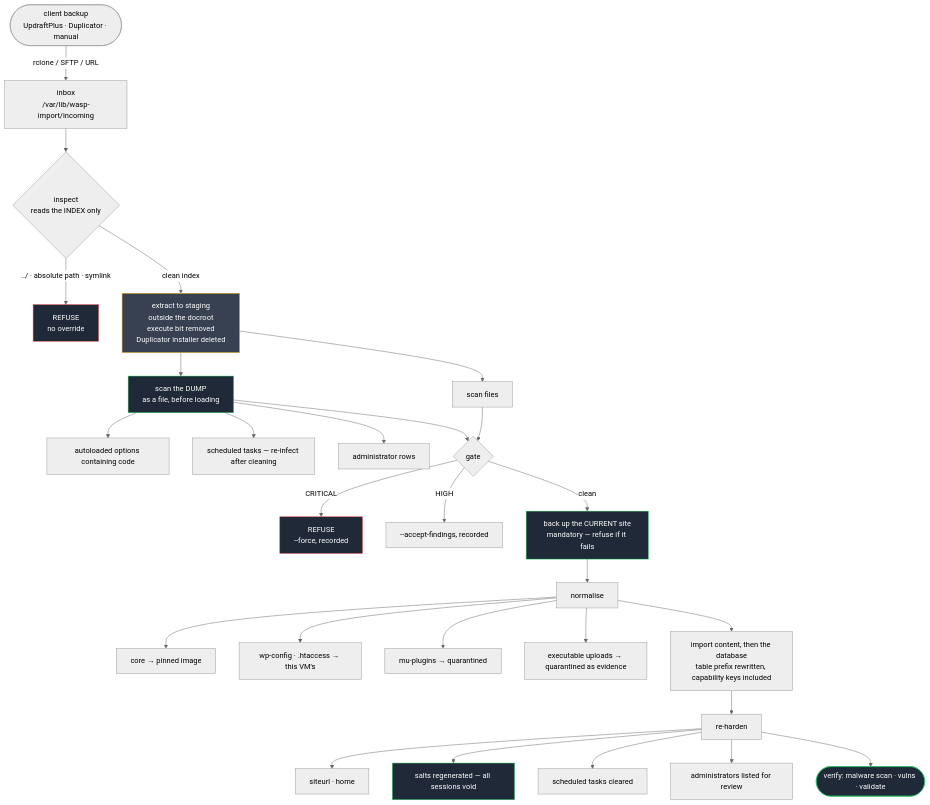
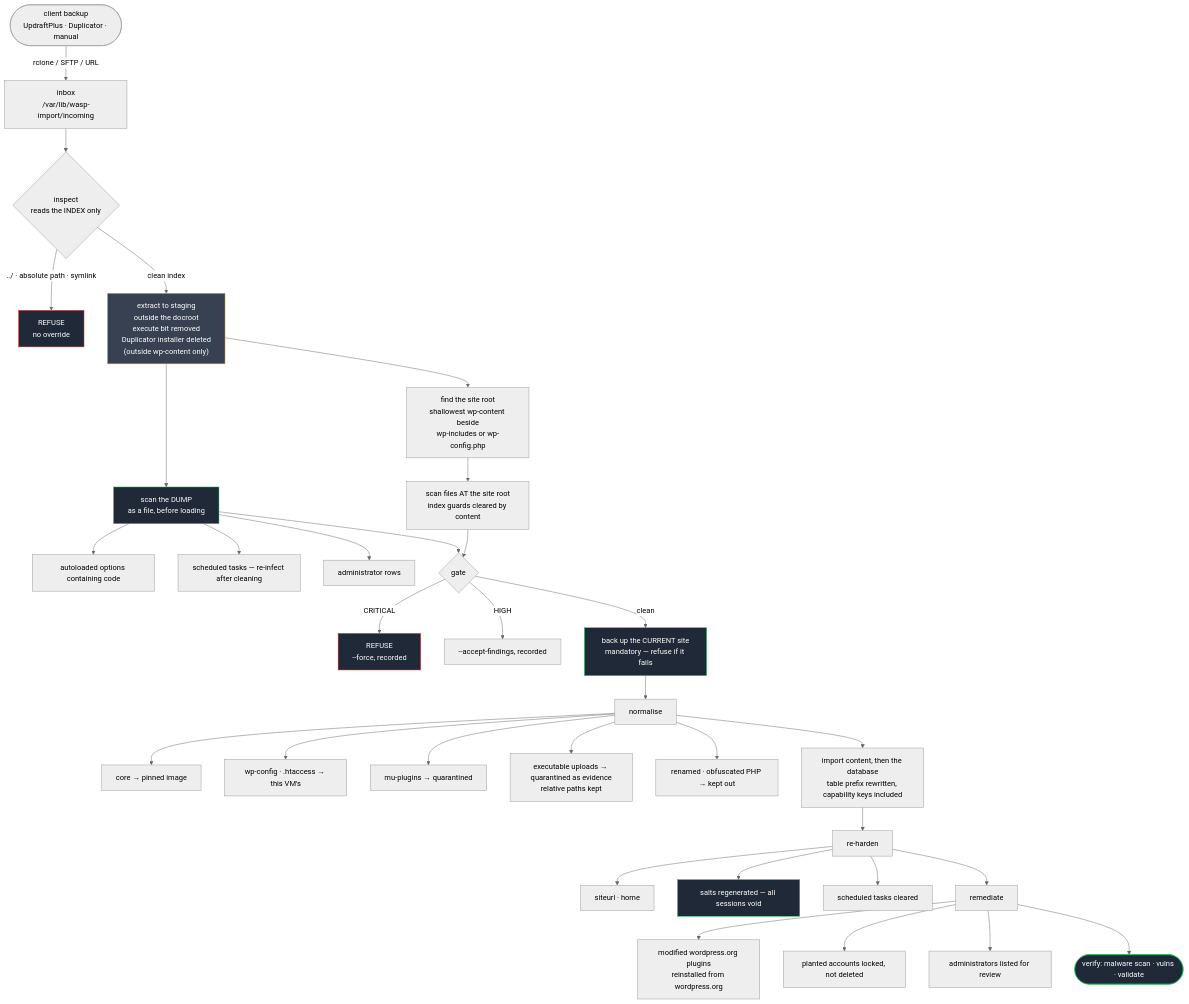
One commit to ironveilsystems1/WASP changed the seventh of 9 diagrams in ARCHITECTURE.md. Above: the diagram before and after it, drawn with Mermaid (neutral theme). The commit also changed other lines of this file and 6 other files, not shown here.

````diff
--- a/ARCHITECTURE.md
+++ b/ARCHITECTURE.md
@@ -373,43 +377,48 @@
 ```mermaid
 flowchart TD
     SRC(["client backup<br/>UpdraftPlus · Duplicator · manual"])
     SRC -->|"rclone / SFTP / URL"| IN["inbox<br/>/var/lib/wasp-import/incoming"]
 
     IN --> I1{"inspect<br/>reads the INDEX only"}
     I1 -->|"../ · absolute path · symlink"| R1["REFUSE<br/>no override"]
-    I1 -->|"clean index"| EX["extract to staging<br/>outside the docroot<br/>execute bit removed<br/>Duplicator installer deleted"]
+    I1 -->|"clean index"| EX["extract to staging<br/>outside the docroot<br/>execute bit removed<br/>Duplicator installer deleted<br/>(outside wp-content only)"]
 
-    EX --> SC1["scan files"]
+    EX --> ROOT["find the site root<br/>shallowest wp-content beside<br/>wp-includes or wp-config.php"]
+    ROOT --> SC1["scan files AT the site root<br/>index guards cleared by content"]
     EX --> SC2["scan the DUMP<br/>as a file, before loading"]
     SC2 --> D1["autoloaded options containing code"]
     SC2 --> D2["scheduled tasks — re-infect after cleaning"]
     SC2 --> D3["administrator rows"]
 
     SC1 --> G{"gate"}
     SC2 --> G
     G -->|"CRITICAL"| R2["REFUSE<br/>--force, recorded"]
     G -->|"HIGH"| R3["--accept-findings, recorded"]
     G -->|"clean"| BK["back up the CURRENT site<br/>mandatory — refuse if it fails"]
 
     BK --> NM["normalise"]
     NM --> N1["core → pinned image"]
     NM --> N2["wp-config · .htaccess → this VM's"]
     NM --> N3["mu-plugins → quarantined"]
-    NM --> N4["executable uploads → quarantined as evidence"]
+    NM --> N4["executable uploads → quarantined as evidence<br/>relative paths kept"]
+    NM --> N5["renamed · obfuscated PHP → kept out"]
 
     NM --> IMP["import content, then the database<br/>table prefix rewritten, capability keys included"]
     IMP --> RH["re-harden"]
     RH --> H1["siteurl · home"]
     RH --> H2["salts regenerated — all sessions void"]
     RH --> H3["scheduled tasks cleared"]
-    RH --> H4["administrators listed for review"]
-    RH --> V(["verify: malware scan · vulns · validate"])
+    RH --> RM["remediate"]
+    RM --> M1["modified wordpress.org plugins<br/>reinstalled from wordpress.org"]
+    RM --> M2["planted accounts locked, not deleted"]
+    RM --> H4["administrators listed for review"]
+    RM --> V(["verify: malware scan · vulns · validate"])
 
     style R1 fill:#1f2937,stroke:#ef4444,color:#fff
     style R2 fill:#1f2937,stroke:#ef4444,color:#fff
     style EX fill:#374151,stroke:#f59e0b,color:#fff
     style SC2 fill:#1f2937,stroke:#22c55e,color:#fff
     style BK fill:#1f2937,stroke:#22c55e,color:#fff
     style H2 fill:#1f2937,stroke:#22c55e,color:#fff
     style V fill:#1f2937,stroke:#22c55e,color:#fff
 ```
````
